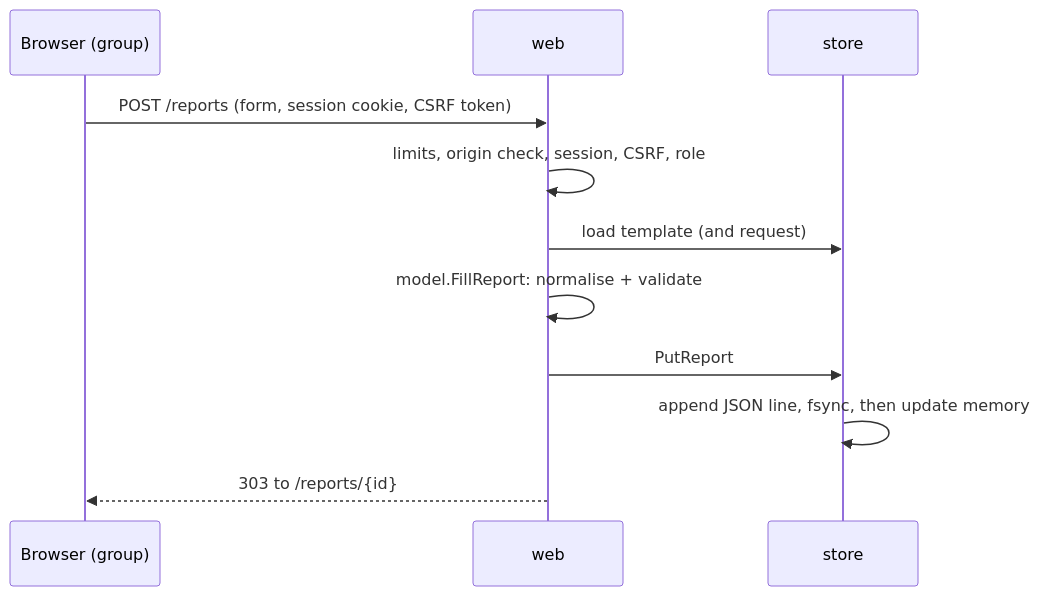
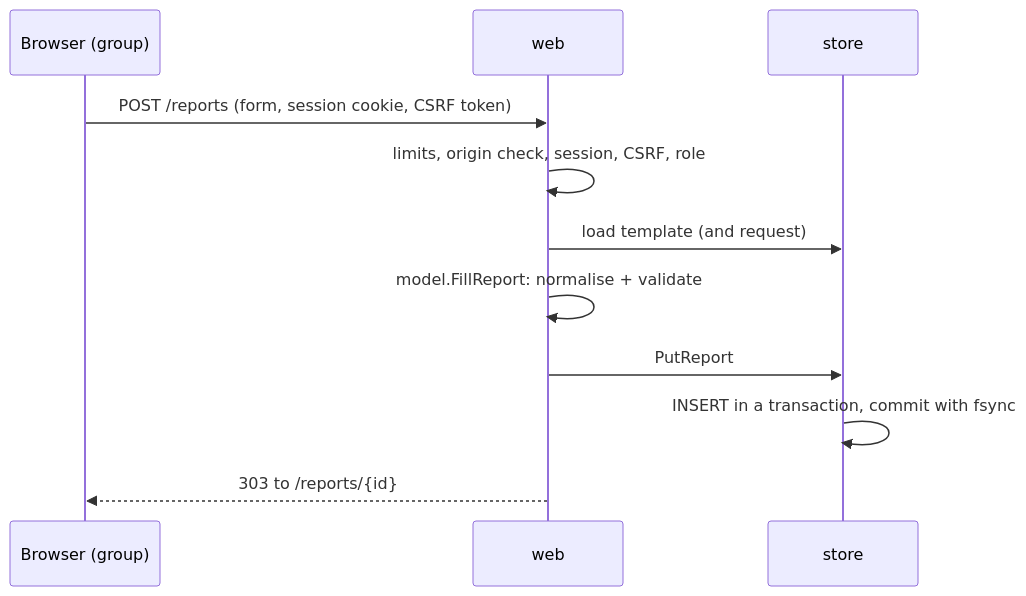
One commit to rom/gr_report changed the fifth of 6 diagrams in docs/architecture.md. Above: the diagram before and after it, drawn with Mermaid. The commit also changed other lines of this file and 69 other files, not shown here.

````diff
--- a/docs/architecture.md
+++ b/docs/architecture.md
@@ -141,13 +145,13 @@
 ```mermaid
 sequenceDiagram
   participant B as Browser (group)
   participant W as web
   participant S as store
   B->>W: POST /reports (form, session cookie, CSRF token)
   W->>W: limits, origin check, session, CSRF, role
   W->>S: load template (and request)
   W->>W: model.FillReport: normalise + validate
   W->>S: PutReport
-  S->>S: append JSON line, fsync, then update memory
+  S->>S: INSERT in a transaction, commit with fsync
   W-->>B: 303 to /reports/{id}
 ```
````
